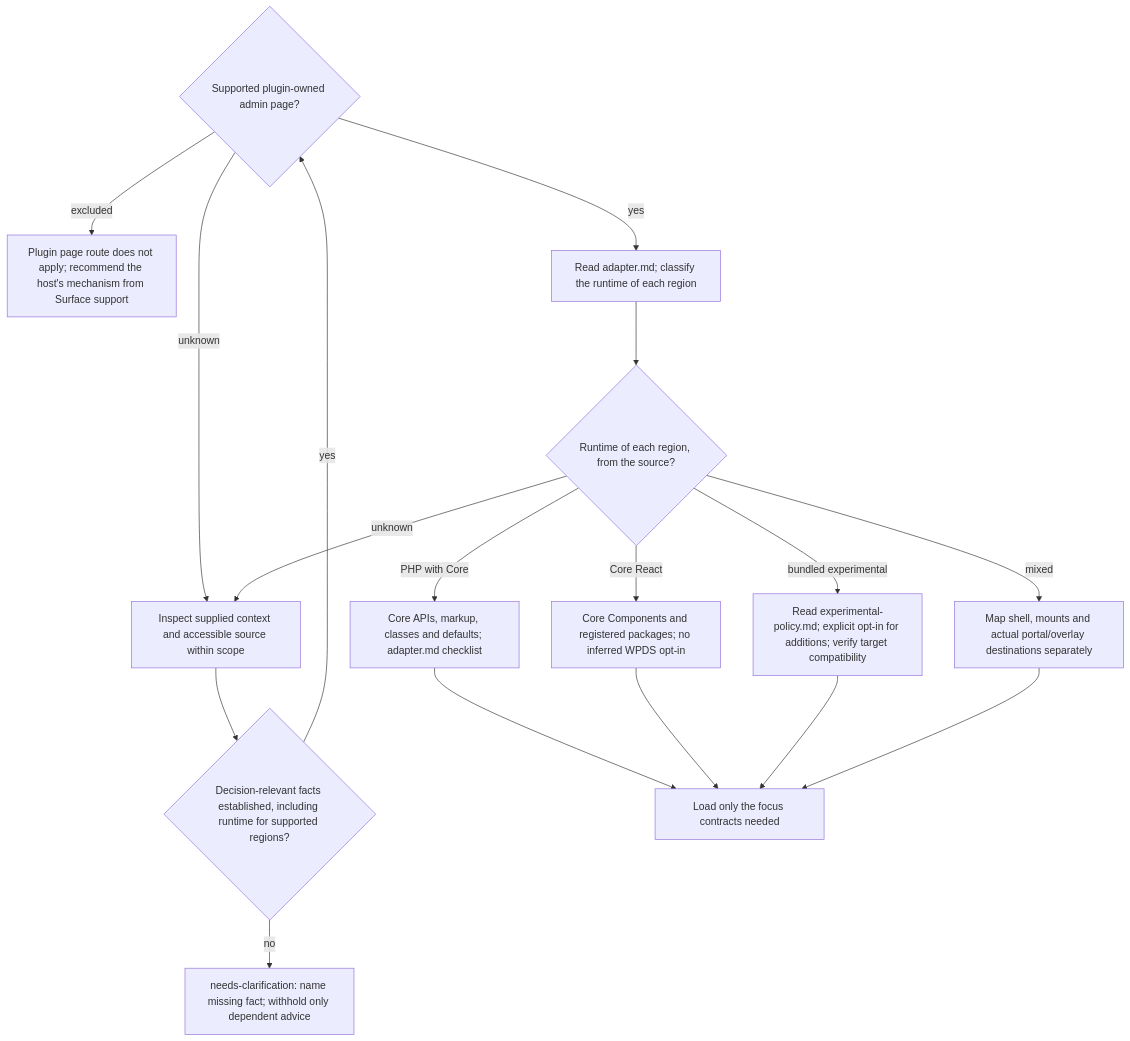
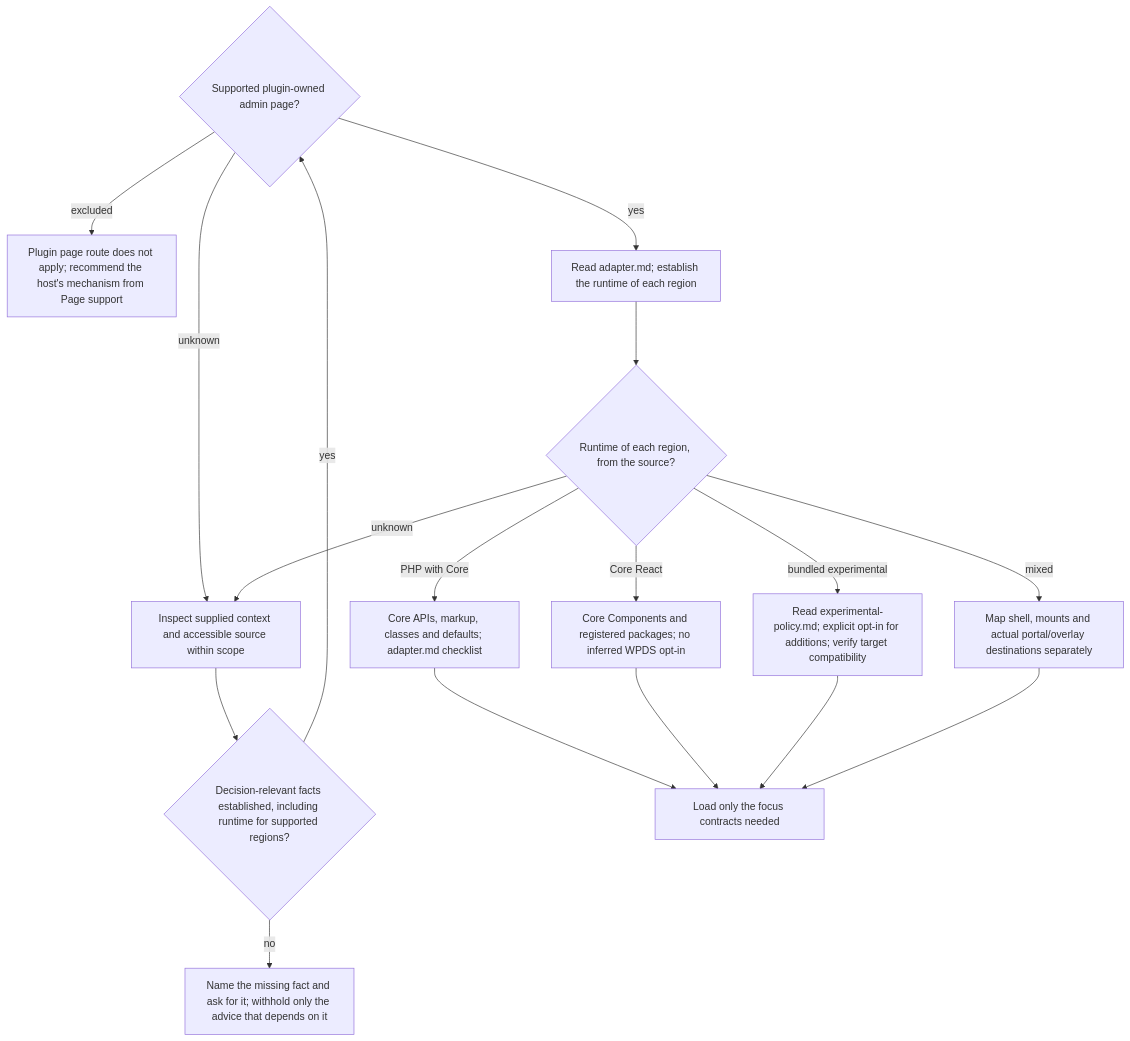
Before and after one commit to benjaminstelzer/scoville-suite: the diagram in members/scoville-ui/scoville-ui/references/wordpress/routing.md, drawn with Mermaid. The commit also changed other lines of this file and 179 other files, not shown here.

````diff
--- a/members/scoville-ui/scoville-ui/references/wordpress/routing.md
+++ b/members/scoville-ui/scoville-ui/references/wordpress/routing.md
@@ -87,20 +85,20 @@
 ```mermaid
 flowchart TD
-  surface{"Supported plugin-owned admin page?"}
-  surface -->|excluded| host["Plugin page route does not apply; recommend the host's mechanism from Surface support"]
-  surface -->|unknown| inspect["Inspect supplied context and accessible source within scope"]
+  page{"Supported plugin-owned admin page?"}
+  page -->|excluded| host["Plugin page route does not apply; recommend the host's mechanism from Page support"]
+  page -->|unknown| inspect["Inspect supplied context and accessible source within scope"]
   inspect --> known{"Decision-relevant facts established, including runtime for supported regions?"}
-  known -->|no| clarify["needs-clarification: name missing fact; withhold only dependent advice"]
-  known -->|yes| surface
-  surface -->|yes| adapter["Read adapter.md; classify the runtime of each region"]
+  known -->|no| clarify["Name the missing fact and ask for it; withhold only the advice that depends on it"]
+  known -->|yes| page
+  page -->|yes| adapter["Read adapter.md; establish the runtime of each region"]
   adapter --> runtime{"Runtime of each region, from the source?"}
   runtime -->|PHP with Core| php["Core APIs, markup, classes and defaults; adapter.md checklist"]
   runtime -->|Core React| react["Core Components and registered packages; no inferred WPDS opt-in"]
   runtime -->|bundled experimental| experimental["Read experimental-policy.md; explicit opt-in for additions; verify target compatibility"]
   runtime -->|mixed| hybrid["Map shell, mounts and actual portal/overlay destinations separately"]
   runtime -->|unknown| inspect
   php --> focus["Load only the focus contracts needed"]
   react --> focus
   experimental --> focus
   hybrid --> focus
 ```
````
